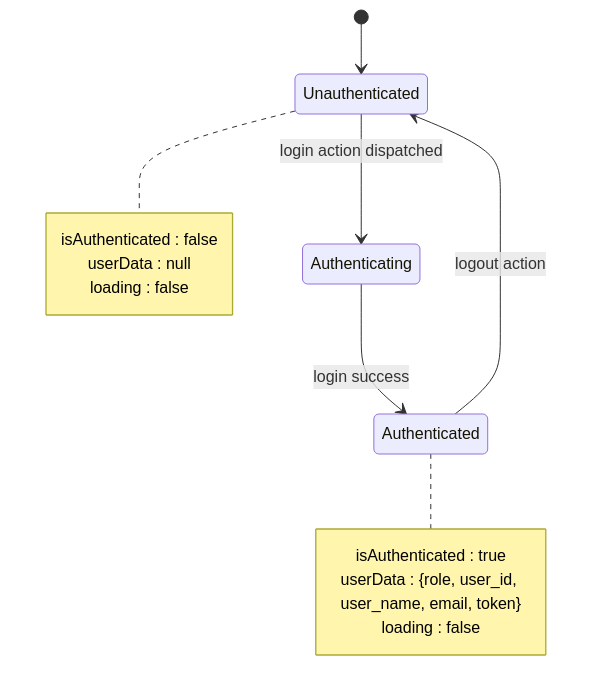
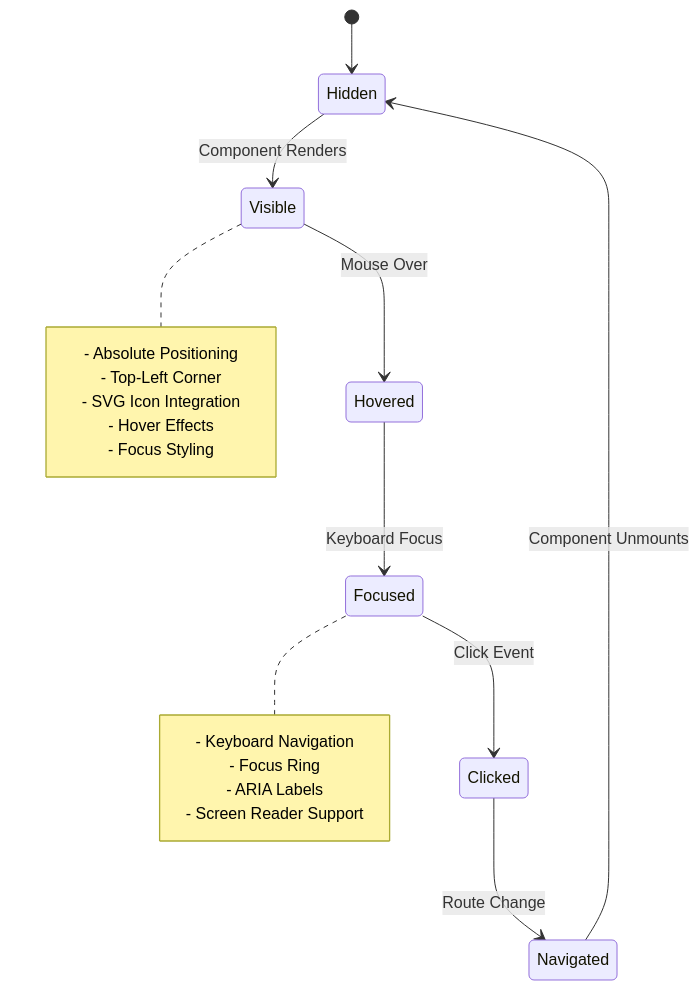
One commit to Aryan9060/Timetable-Project changed the sixth of 13 diagrams in .qoder/repowiki/en/content/Authentication & Authorization/Login Page Implementation.md. Above: the diagram before and after it, drawn with Mermaid. The commit also changed other lines of this file and 5 other files, not shown here.

````diff
--- a/.qoder/repowiki/en/content/Authentication & Authorization/Login Page Implementation.md
+++ b/.qoder/repowiki/en/content/Authentication & Authorization/Login Page Implementation.md
@@ -285,17 +291,23 @@
 ```mermaid
 stateDiagram-v2
-[*] --> Unauthenticated
-Unauthenticated --> Authenticating : login action dispatched
-Authenticating --> Authenticated : login success
-Authenticated --> Unauthenticated : logout action
-note right of Unauthenticated
-isAuthenticated : false
-userData : null
-loading : false
+[*] --> Hidden
+Hidden --> Visible : Component Renders
+Visible --> Hovered : Mouse Over
+Hovered --> Focused : Keyboard Focus
+Focused --> Clicked : Click Event
+Clicked --> Navigated : Route Change
+Navigated --> Hidden : Component Unmounts
+note right of Visible
+- Absolute Positioning
+- Top-Left Corner
+- SVG Icon Integration
+- Hover Effects
+- Focus Styling
 end note
-note right of Authenticated
-isAuthenticated : true
-userData : {role, user_id, user_name, email, token}
-loading : false
+note right of Focused
+- Keyboard Navigation
+- Focus Ring
+- ARIA Labels
+- Screen Reader Support
 end note
 ```
````
